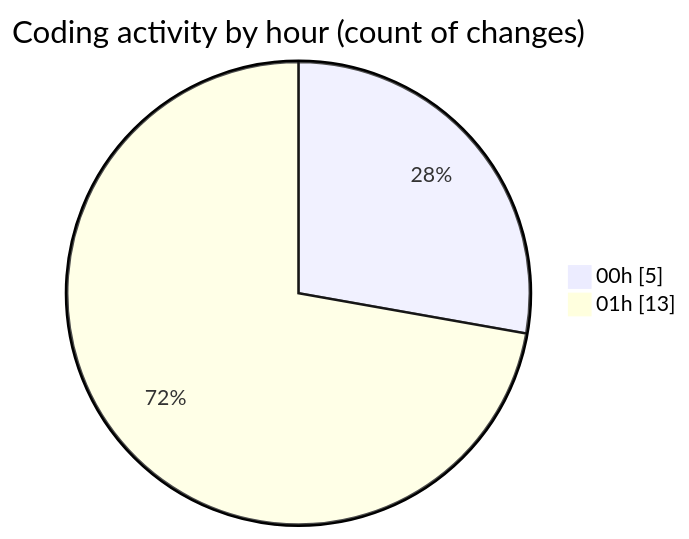
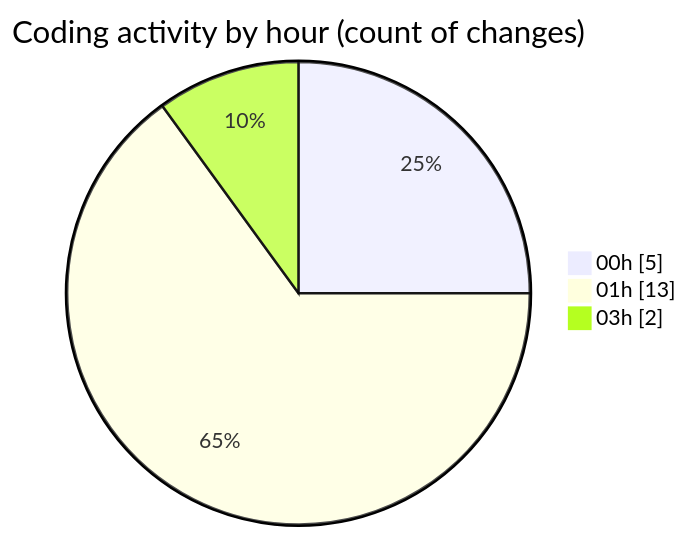
One commit to jadenblack/code-tracking changed the second of 2 diagrams in 2026-02-27/shadcn-admin-kit-main__workspace_/README.md. Above: the diagram before and after it, drawn with Mermaid. The commit also changed other lines of this file and 1 other file, not shown here.

````diff
--- a/2026-02-27/shadcn-admin-kit-main__workspace_/README.md
+++ b/2026-02-27/shadcn-admin-kit-main__workspace_/README.md
@@ -31,6 +32,7 @@
 ```mermaid
 pie showData
 title Coding activity by hour (count of changes)
 "00h" : 5
 "01h" : 13
+"03h" : 2
 ```
````
